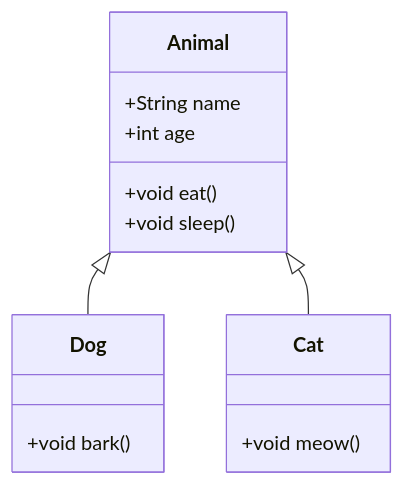
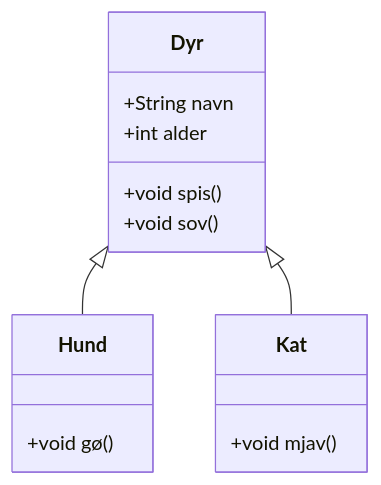
Before and after one commit to zccz14/CZON: the fourth of 7 diagrams in .czon/src/da-DK/8938d6aac9c056c06137a041b8e82379bfb619bb6d435b9ecec515337dd0cd69.md, drawn with Mermaid. The commit also changed other lines of this file and 148 other files, not shown here.

````diff
--- a/.czon/src/da-DK/8938d6aac9c056c06137a041b8e82379bfb619bb6d435b9ecec515337dd0cd69.md
+++ b/.czon/src/da-DK/8938d6aac9c056c06137a041b8e82379bfb619bb6d435b9ecec515337dd0cd69.md
@@ -70,18 +69,18 @@
 ```mermaid
 classDiagram
-    class Animal {
-        +String name
-        +int age
-        +void eat()
-        +void sleep()
+    class Dyr {
+        +String navn
+        +int alder
+        +void spis()
+        +void sov()
     }
-    class Dog {
-        +void bark()
+    class Hund {
+        +void gø()
     }
-    class Cat {
-        +void meow()
+    class Kat {
+        +void mjav()
     }
 
-    Animal <|-- Dog
-    Animal <|-- Cat
+    Dyr <|-- Hund
+    Dyr <|-- Kat
 ```
````
